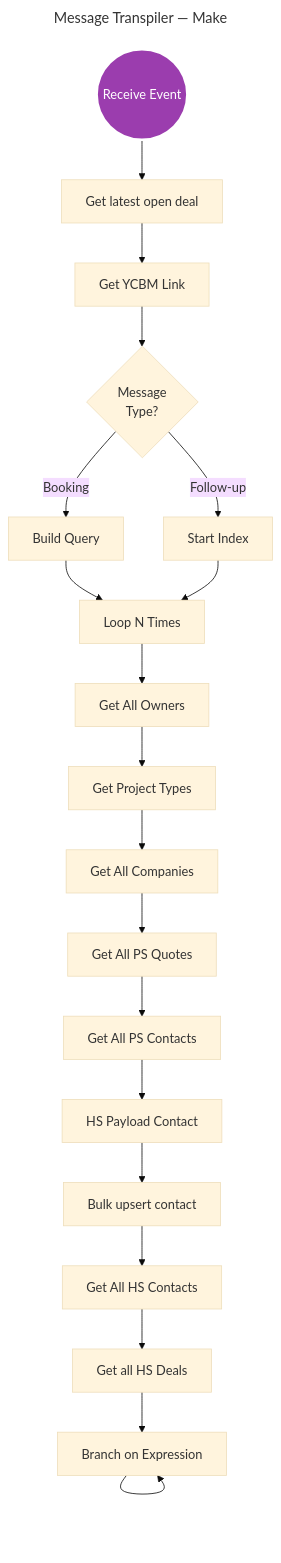
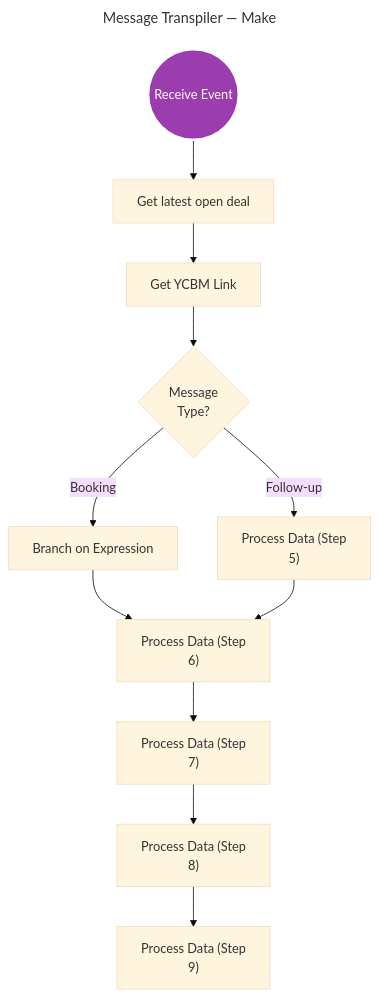
The diagram in linkedin-posts/_pipeline/mermaid/diagrams/message-transpiler-make.mmd (animaesuriens/home-service-os), drawn with Mermaid (base theme) before and after one commit. The commit also changed 25 other files, not shown here.

First line of the commit message:
fix(15-05): extend legacy Mermaid generator to 676-node alphabet

```diff
--- a/linkedin-posts/_pipeline/mermaid/diagrams/message-transpiler-make.mmd
+++ b/linkedin-posts/_pipeline/mermaid/diagrams/message-transpiler-make.mmd
@@ -1,53 +1,27 @@
 ---
 title: Message Transpiler — Make
 ---
 flowchart TD
     A(("Receive Event")):::trigger
     B["Get latest open deal"]
     C["Get YCBM Link"]
     D{"Message\nType?"}
-    E["Build Query"]
-    F["Start Index"]
-    G["Loop N Times"]
-    H["Get All Owners"]
-    I["Get Project Types"]
-    J["Get All Companies"]
-    K["Get All PS Quotes"]
-    L["Get All PS Contacts"]
-    M["HS Payload Contact"]
-    N["Bulk upsert contact"]
-    O["Get All HS Contacts"]
-    P["Get all HS Deals"]
-    undefined["PS Quote x HS Deal\nSync"]
-    undefined["Stop Execution"]
-    undefined["Photo Management\nSync X HubSpot Deal"]
-    undefined["CRM: List Deals"]
-    undefined["CRM: List Contacts"]
-    undefined["Bulk Contact\nAssociation"]
-    undefined["Branch on Expression"]
+    E["Branch on Expression"]
+    F["Process Data (Step\n5)"]
+    G["Process Data (Step\n6)"]
+    H["Process Data (Step\n7)"]
+    I["Process Data (Step\n8)"]
+    J["Process Data (Step\n9)"]
 
     A --> B
     B --> C
     C --> D
     D -->|Booking| E
     D -->|Follow-up| F
     E --> G
     F --> G
     G --> H
     H --> I
     I --> J
-    J --> K
-    K --> L
-    L --> M
-    M --> N
-    N --> O
-    O --> P
-    P --> undefined
-    undefined --> undefined
-    undefined --> undefined
-    undefined --> undefined
-    undefined --> undefined
-    undefined --> undefined
-    undefined --> undefined
 
     classDef trigger fill:#9b3dae,stroke:#fff,stroke-width:3px,color:#fff
```
